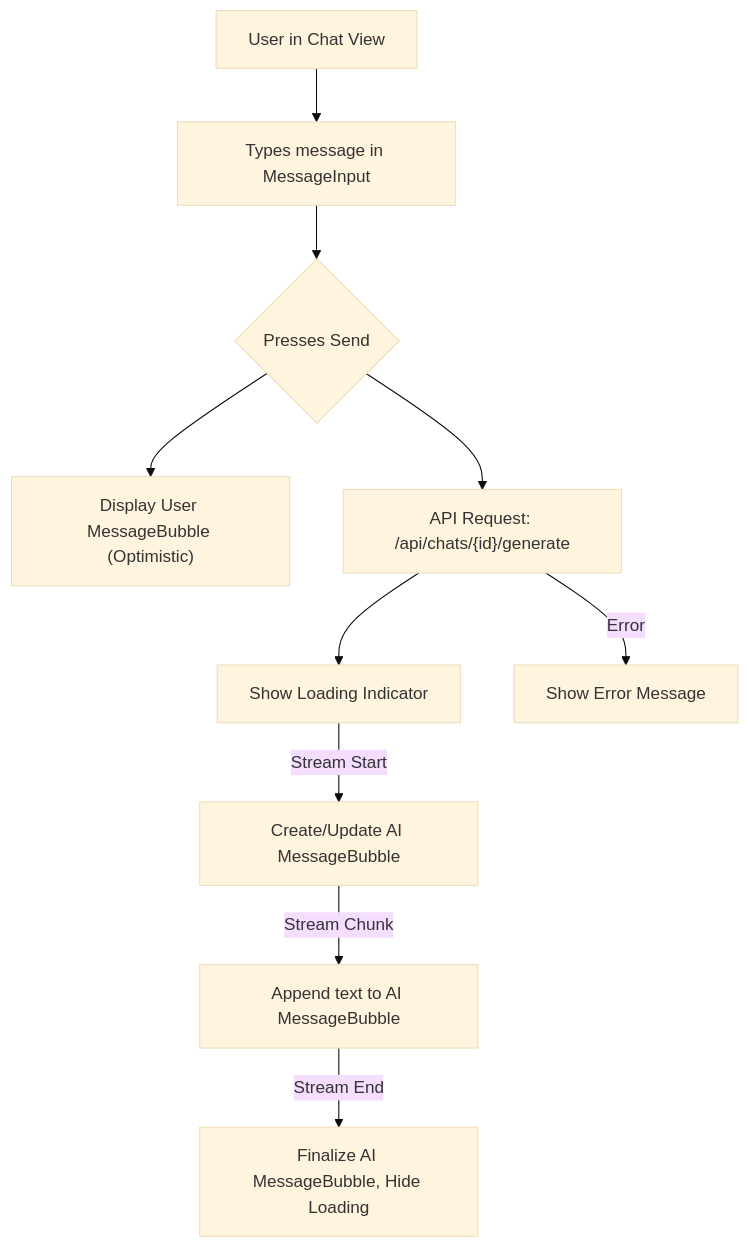
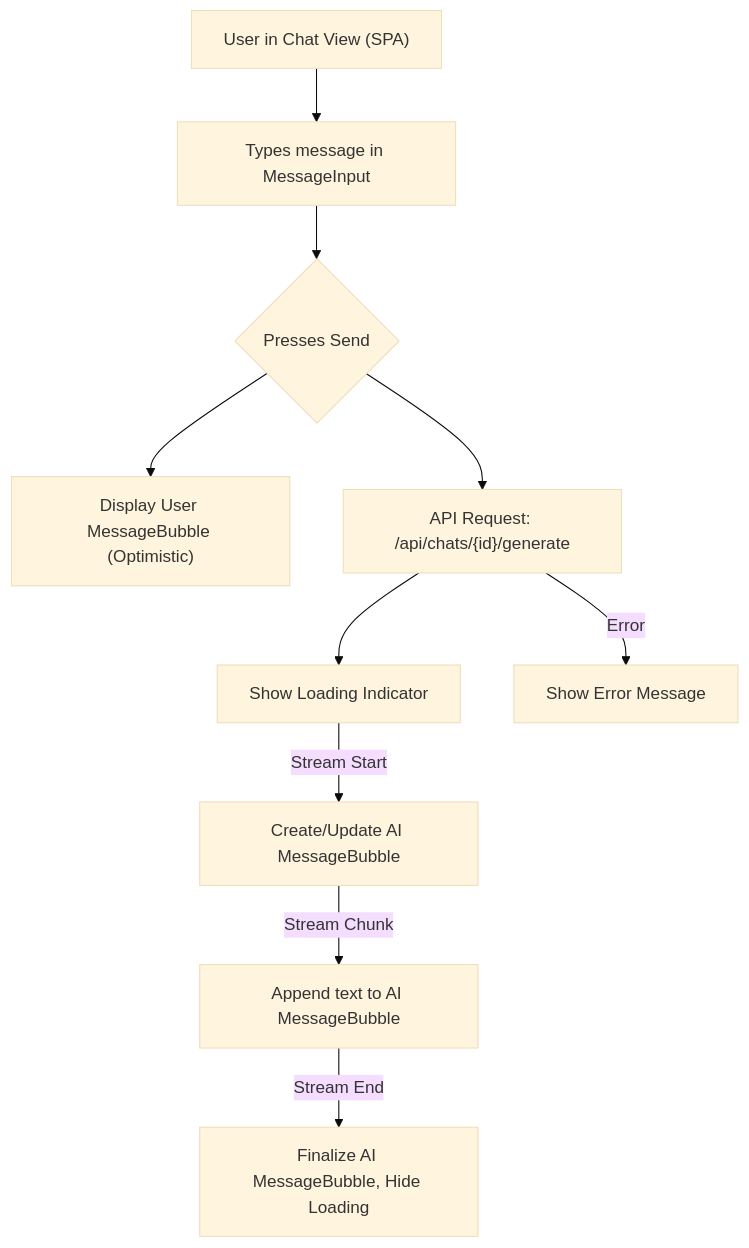
Before and after one commit to sanguinehost/scribe: the third of 4 diagrams in docs/UI_UX_SPECIFICATION.md, drawn with Mermaid (base theme). The commit also changed other lines of this file and 1 other file, not shown here.

Commit message:
docs: update documentation to reflect intention to make the chat/character/settings screens part of a SPA

````diff
--- a/docs/UI_UX_SPECIFICATION.md
+++ b/docs/UI_UX_SPECIFICATION.md
@@ -262,12 +268,12 @@
 ```mermaid
 graph TD
-    A["User in Chat View"] --> B["Types message in MessageInput"];
+    A["User in Chat View (SPA)"] --> B["Types message in MessageInput"];
     B --> C{"Presses Send"};
     C --> D["Display User MessageBubble (Optimistic)"];
     C --> E["API Request: /api/chats/{id}/generate"];
     E --> F["Show Loading Indicator"];
     F -- Stream Start --> G["Create/Update AI MessageBubble"];
     G -- Stream Chunk --> H["Append text to AI MessageBubble"];
     H -- Stream End --> I["Finalize AI MessageBubble, Hide Loading"];
     E -- Error --> J["Show Error Message"];
 ```
````
